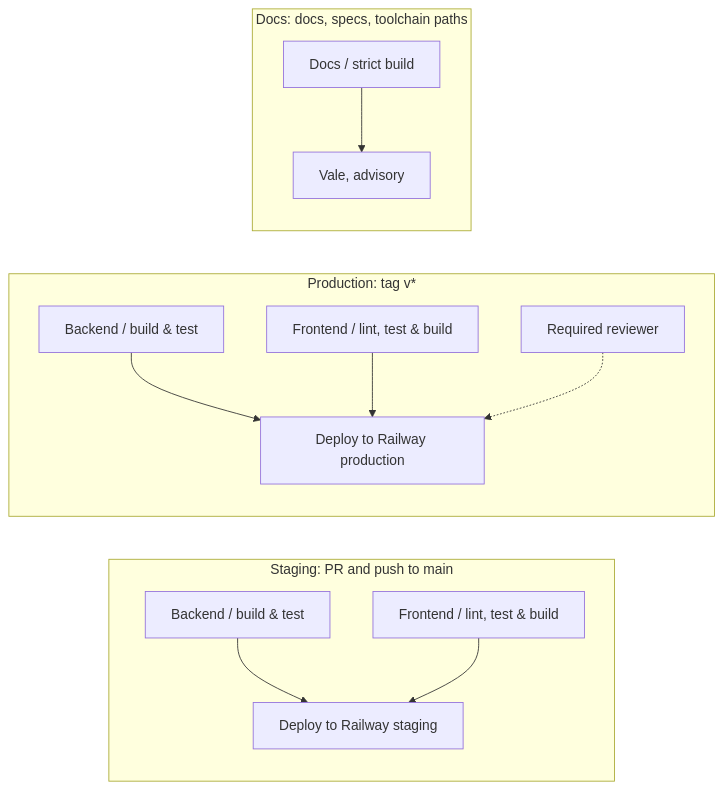
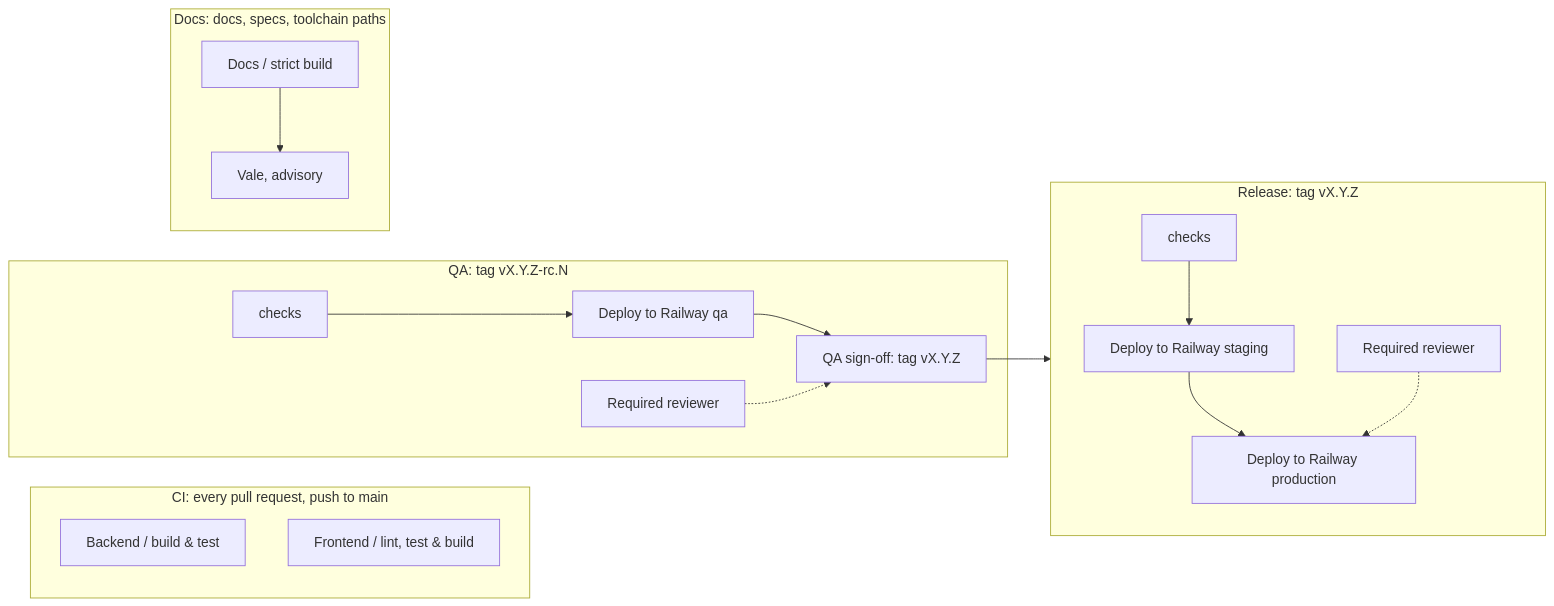
One commit to miketak/carbonos changed the diagram in docs/reference/ci.md. Above: the diagram before and after it, drawn with Mermaid. The commit also changed other lines of this file and 20 other files, not shown here.

First line of the commit message:
chore(ci): promote one tagged commit through qa, staging and production; checks on every pull request (#52)

````diff
--- a/docs/reference/ci.md
+++ b/docs/reference/ci.md
@@ -12,17 +13,21 @@
 ```mermaid
 flowchart LR
     accTitle: The CI workflows and their jobs
-    accDescr: Staging runs backend and frontend checks on pull requests and deploys on push to main; Production runs the same checks on a version tag and deploys behind an approval; Docs builds the site strictly on docs changes.
-    subgraph staging["Staging: PR and push to main"]
-        sb[Backend / build & test] --> sd[Deploy to Railway staging]
-        sf[Frontend / lint, test & build] --> sd
+    accDescr: CI runs backend and frontend checks on every pull request and on pushes to main. QA runs the same checks on a release candidate tag, deploys qa, then waits for the QA sign-off, which tags the version and starts Release. Release runs the checks on the version tag, deploys staging, then waits for an approval before deploying production. Docs builds the site strictly on docs changes.
+    subgraph ci["CI: every pull request, push to main"]
+        cb[Backend / build & test]
+        cf[Frontend / lint, test & build]
     end
-    subgraph production["Production: tag v*"]
-        pb[Backend / build & test] --> pd[Deploy to Railway production]
-        pf[Frontend / lint, test & build] --> pd
-        approve[Required reviewer] -.-> pd
+    subgraph qa["QA: tag vX.Y.Z-rc.N"]
+        qb[checks] --> qd[Deploy to Railway qa] --> qs[QA sign-off: tag vX.Y.Z]
+        signoff[Required reviewer] -.-> qs
     end
+    subgraph release["Release: tag vX.Y.Z"]
+        rb[checks] --> rs[Deploy to Railway staging] --> rp[Deploy to Railway production]
+        approve[Required reviewer] -.-> rp
+    end
+    qs --> release
     subgraph docs["Docs: docs, specs, toolchain paths"]
         db[Docs / strict build] --> dv[Vale, advisory]
     end
 ```
````
